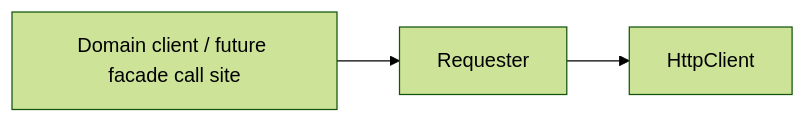
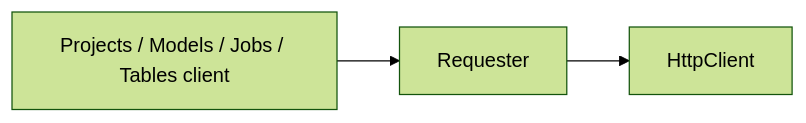
Before and after one commit to a129924/mlops-async: the second of 4 diagrams in docs/standards/http-client-auth-boundary.md, drawn with Mermaid (forest theme). The commit also changed other lines of this file and 2 other files, not shown here.

````diff
--- a/docs/standards/http-client-auth-boundary.md
+++ b/docs/standards/http-client-auth-boundary.md
@@ -30,5 +69,5 @@
 ```mermaid
 flowchart LR
-    DomainClient["Domain client / future facade call site"] --> Requester["Requester"]
+    ProjectsClient["Projects / Models / Jobs / Tables client"] --> Requester["Requester"]
     Requester --> HttpClient["HttpClient"]
 ```
````
